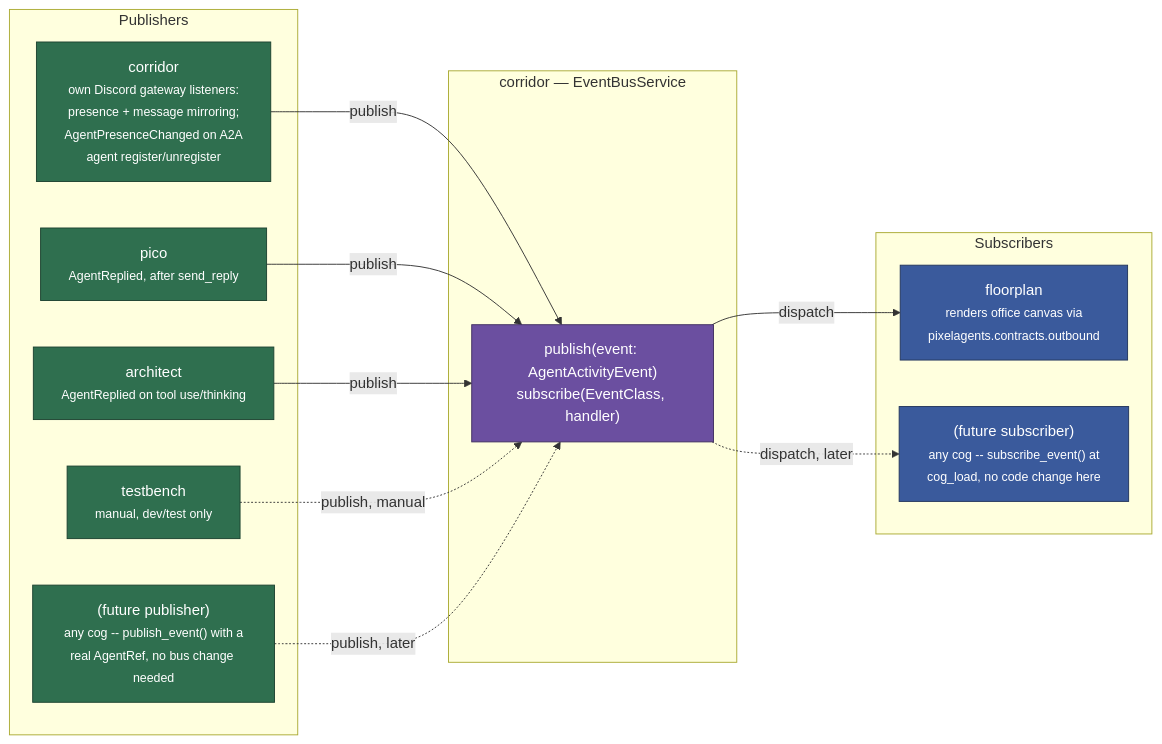
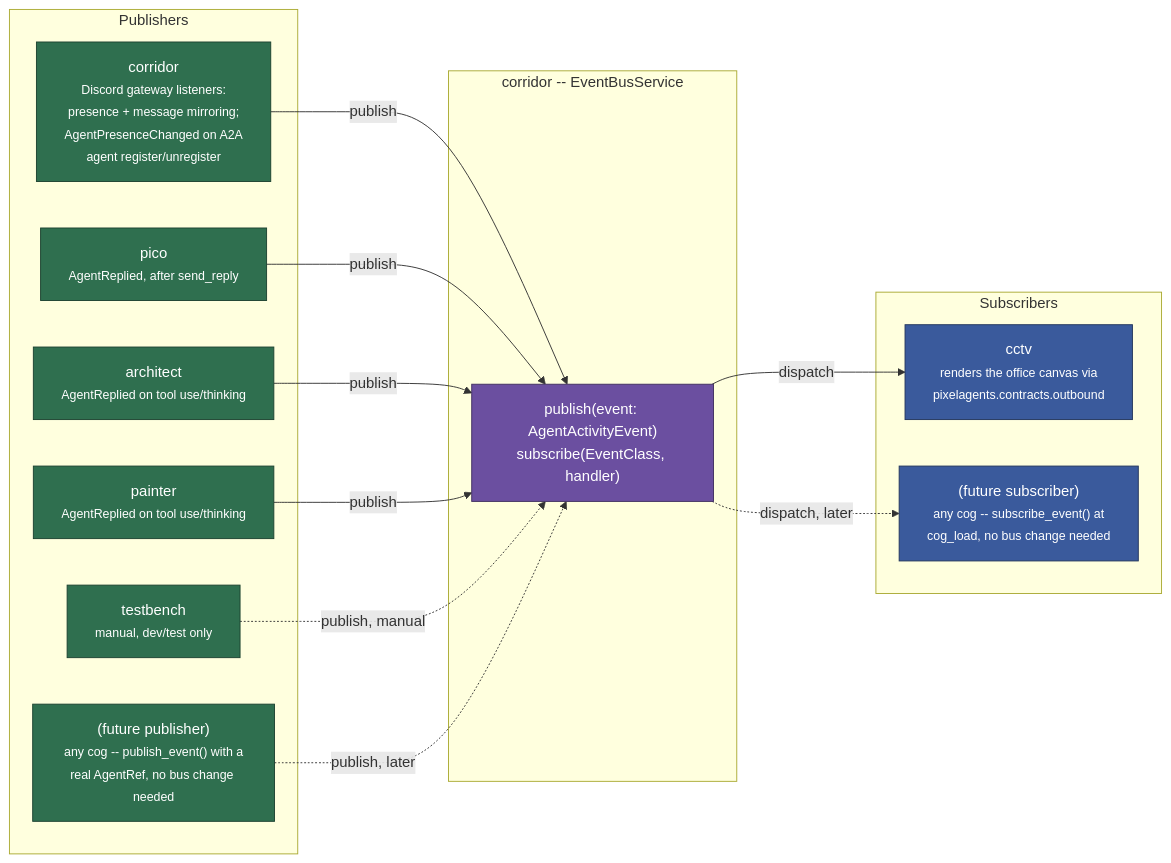
Before and after one commit to pixel-agents-hq/pixel-agents-cogs: the first of 5 diagrams in docs/corridor-pubsub-design.md, drawn with Mermaid. The commit also changed other lines of this file and 39 other files, not shown here.

````diff
--- a/docs/corridor-pubsub-design.md
+++ b/docs/corridor-pubsub-design.md
@@ -58,35 +24,37 @@
 ```mermaid
 flowchart LR
     classDef publisher fill:#2f6f4f,stroke:#1c4230,color:#fff
     classDef subscriber fill:#3a5a9c,stroke:#22355c,color:#fff
     classDef hub fill:#6b4fa0,stroke:#402f60,color:#fff
 
     subgraph Publishers["Publishers"]
-        Corridor["corridor<br/><small>own Discord gateway listeners:<br/>presence + message mirroring;<br/>AgentPresenceChanged on A2A<br/>agent register/unregister</small>"]
+        Corridor["corridor<br/><small>Discord gateway listeners:<br/>presence + message mirroring;<br/>AgentPresenceChanged on A2A<br/>agent register/unregister</small>"]
         Pico["pico<br/><small>AgentReplied, after send_reply</small>"]
         Architect["architect<br/><small>AgentReplied on tool use/thinking</small>"]
+        Painter["painter<br/><small>AgentReplied on tool use/thinking</small>"]
         Testbench["testbench<br/><small>manual, dev/test only</small>"]
         PubFuture["(future publisher)<br/><small>any cog -- publish_event() with a<br/>real AgentRef, no bus change needed</small>"]
     end
 
-    subgraph Bus["corridor — EventBusService"]
+    subgraph Bus["corridor -- EventBusService"]
         EB["publish(event: AgentActivityEvent)<br/>subscribe(EventClass, handler)"]
     end
 
     subgraph Subscribers["Subscribers"]
-        Floorplan["floorplan<br/><small>renders office canvas via<br/>pixelagents.contracts.outbound</small>"]
-        SubFuture["(future subscriber)<br/><small>any cog -- subscribe_event() at<br/>cog_load, no code change here</small>"]
+        Cctv["cctv<br/><small>renders the office canvas via<br/>pixelagents.contracts.outbound</small>"]
+        SubFuture["(future subscriber)<br/><small>any cog -- subscribe_event() at<br/>cog_load, no bus change needed</small>"]
     end
 
     Corridor -->|publish| EB
     Pico -->|publish| EB
     Architect -->|publish| EB
+    Painter -->|publish| EB
     Testbench -.->|publish, manual| EB
     PubFuture -.->|publish, later| EB
-    EB -->|dispatch| Floorplan
+    EB -->|dispatch| Cctv
     EB -.->|dispatch, later| SubFuture
 
-    class Corridor,Pico,Architect,Testbench,PubFuture publisher
-    class Floorplan,SubFuture subscriber
+    class Corridor,Pico,Architect,Painter,Testbench,PubFuture publisher
+    class Cctv,SubFuture subscriber
     class EB hub
 ```
````
